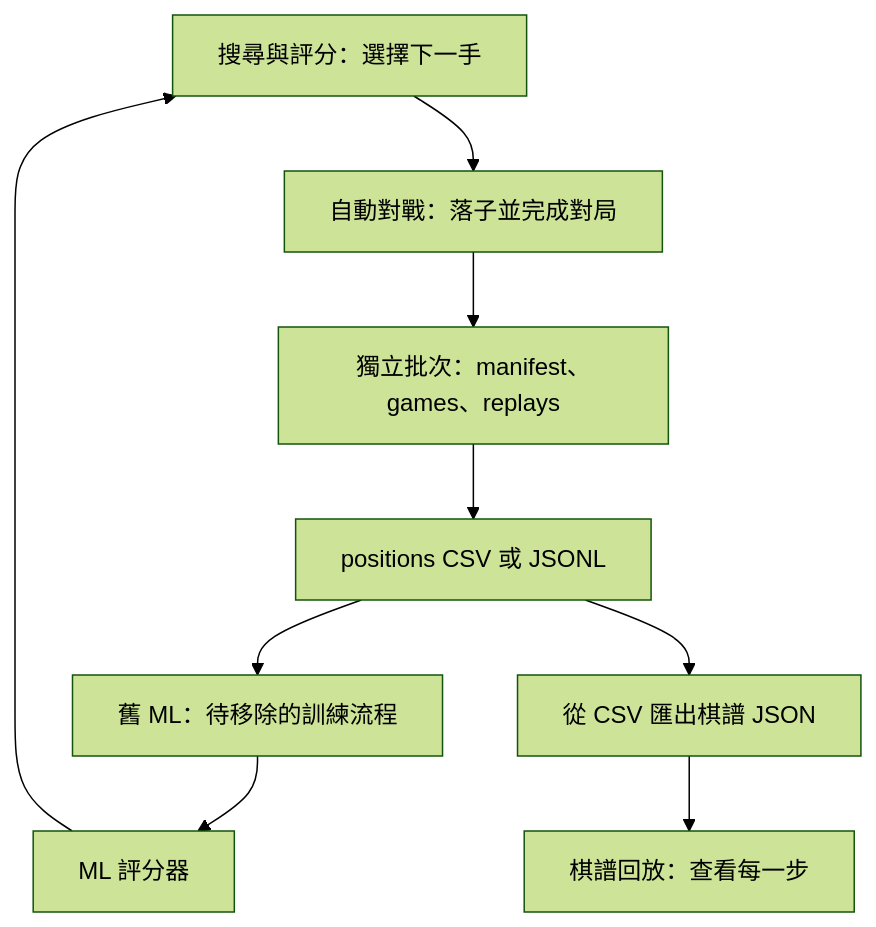
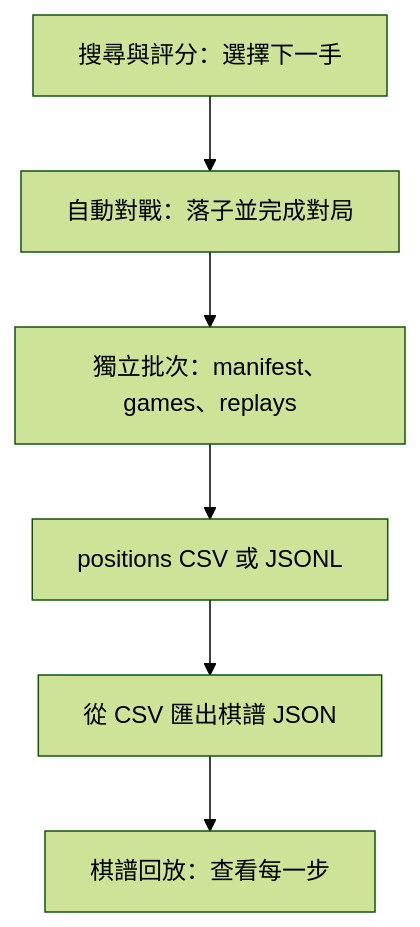
One commit to chad30877/chess-ai changed the diagram in README.md. Above: the diagram before and after it, drawn with Mermaid (forest theme). The commit also changed other lines of this file and 17 other files, not shown here.

````diff
--- a/README.md
+++ b/README.md
@@ -24,11 +24,8 @@
 ```mermaid
 flowchart TD
     A[搜尋與評分：選擇下一手] --> B[自動對戰：落子並完成對局]
     B --> H[獨立批次：manifest、games、replays]
     H --> C[positions CSV 或 JSONL]
-    C --> D[舊 ML：待移除的訓練流程]
-    D --> E[ML 評分器]
-    E --> A
     C --> F[從 CSV 匯出棋譜 JSON]
     F --> G[棋譜回放：查看每一步]
 ```
````
